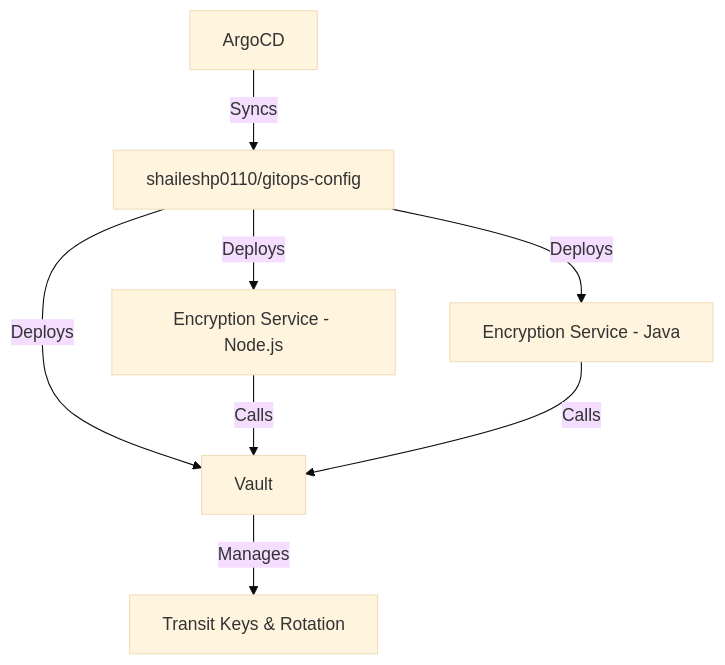
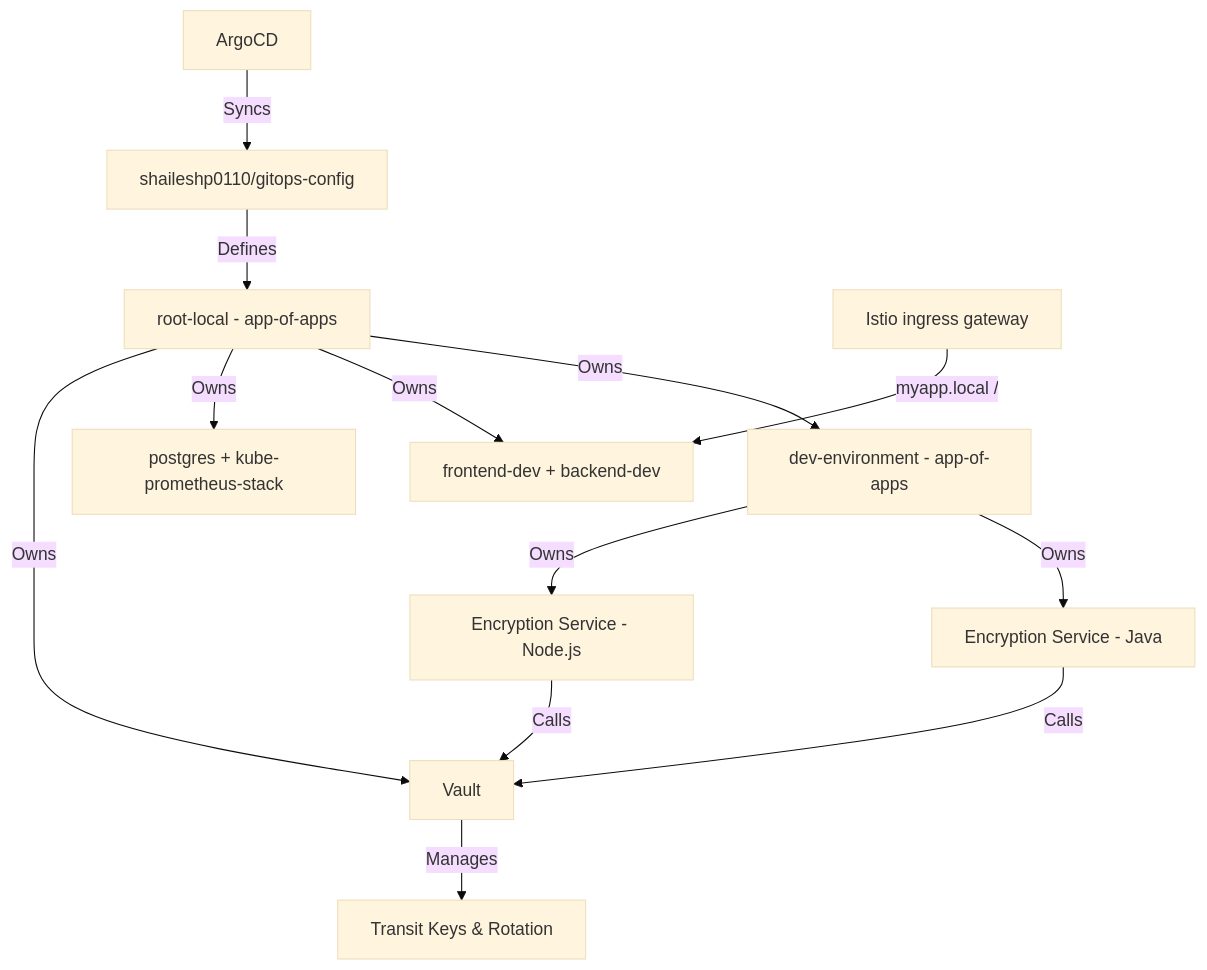
The diagram in infrastructure/walkthrough.md (shaileshp0110/kubernetes), drawn with Mermaid (base theme) before and after one commit. The commit also changed other lines of this file and 1 other file, not shown here.

````diff
--- a/infrastructure/walkthrough.md
+++ b/infrastructure/walkthrough.md
@@ -15,10 +15,15 @@
 ```mermaid
 graph TD
     A[ArgoCD] -->|Syncs| B[shaileshp0110/gitops-config]
-    B -->|Deploys| C[Vault]
-    B -->|Deploys| D[Encryption Service - Node.js]
-    B -->|Deploys| E[Encryption Service - Java]
+    B -->|Defines| R[root-local - app-of-apps]
+    R -->|Owns| C[Vault]
+    R -->|Owns| P[postgres + kube-prometheus-stack]
+    R -->|Owns| W[frontend-dev + backend-dev]
+    R -->|Owns| DE[dev-environment - app-of-apps]
+    DE -->|Owns| D[Encryption Service - Node.js]
+    DE -->|Owns| E[Encryption Service - Java]
     D -->|Calls| C
     E -->|Calls| C
     C -->|Manages| F[Transit Keys & Rotation]
+    G[Istio ingress gateway] -->|myapp.local /| W
 ```
````
